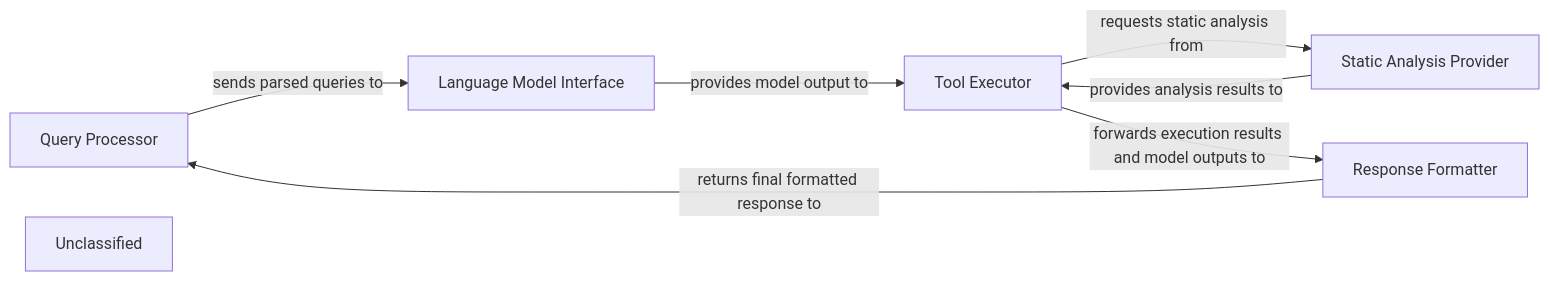
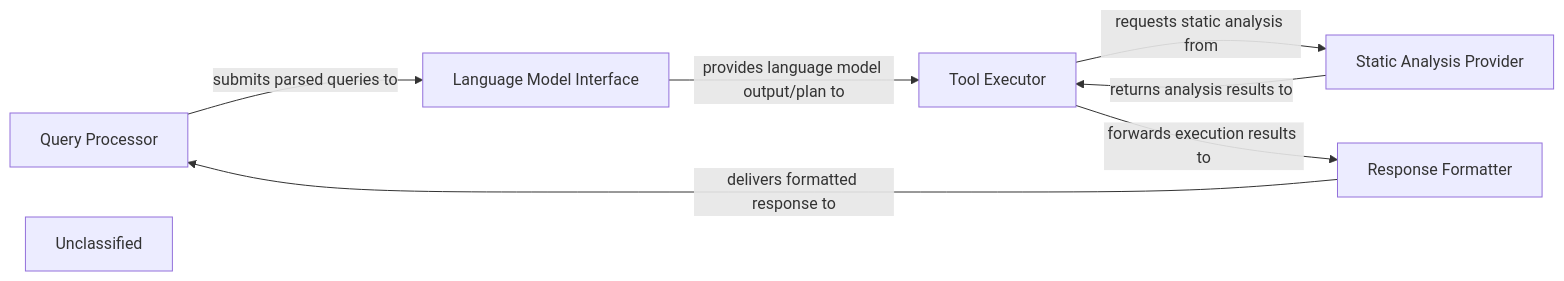
The diagram in .codeboarding/AI_Processing_Layer.md (CodeBoarding/CodeBoarding), drawn with Mermaid before and after one commit. The commit also changed other lines of this file and 11 other files, not shown here.

First line of the commit message:
docs: update codeboarding documentation and generate architecture

````diff
--- a/.codeboarding/AI_Processing_Layer.md
+++ b/.codeboarding/AI_Processing_Layer.md
@@ -1,15 +1,15 @@
 ```mermaid
 graph LR
     Query_Processor["Query Processor"]
     Language_Model_Interface["Language Model Interface"]
     Tool_Executor["Tool Executor"]
     Static_Analysis_Provider["Static Analysis Provider"]
     Response_Formatter["Response Formatter"]
     Unclassified["Unclassified"]
-    Query_Processor -- "sends parsed queries to" --> Language_Model_Interface
-    Language_Model_Interface -- "provides model output to" --> Tool_Executor
+    Query_Processor -- "submits parsed queries to" --> Language_Model_Interface
+    Language_Model_Interface -- "provides language model output/plan to" --> Tool_Executor
     Tool_Executor -- "requests static analysis from" --> Static_Analysis_Provider
-    Static_Analysis_Provider -- "provides analysis results to" --> Tool_Executor
-    Tool_Executor -- "forwards execution results and model outputs to" --> Response_Formatter
-    Response_Formatter -- "returns final formatted response to" --> Query_Processor
+    Static_Analysis_Provider -- "returns analysis results to" --> Tool_Executor
+    Tool_Executor -- "forwards execution results to" --> Response_Formatter
+    Response_Formatter -- "delivers formatted response to" --> Query_Processor
 ```
````
